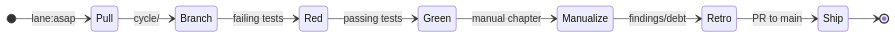
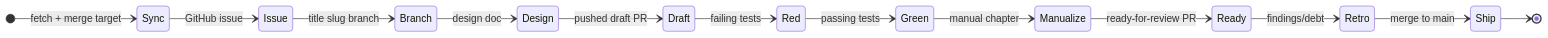
Before and after one commit to flyingrobots/warp-ttd: the diagram in METHOD.md, drawn with Mermaid. The commit also changed other lines of this file and 6 other files, not shown here.

Commit message:
docs(method): allow draft PR cycle starts

````diff
--- a/METHOD.md
+++ b/METHOD.md
@@ -49,12 +49,16 @@
 ```mermaid
 stateDiagram-v2
     direction LR
-    [*] --> Pull: lane:asap
-    Pull --> Branch: cycle/
-    Branch --> Red: failing tests
+    [*] --> Sync: fetch + merge target
+    Sync --> Issue: GitHub issue
+    Issue --> Branch: title slug branch
+    Branch --> Design: design doc
+    Design --> Draft: pushed draft PR
+    Draft --> Red: failing tests
     Red --> Green: passing tests
     Green --> Manualize: manual chapter
-    Manualize --> Retro: findings/debt
-    Retro --> Ship: PR to main
+    Manualize --> Ready: ready-for-review PR
+    Ready --> Retro: findings/debt
+    Retro --> Ship: merge to main
     Ship --> [*]
 ```
````
